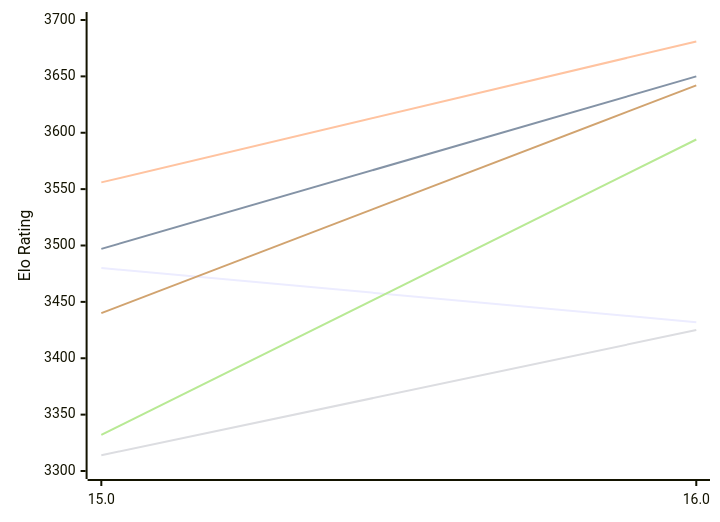
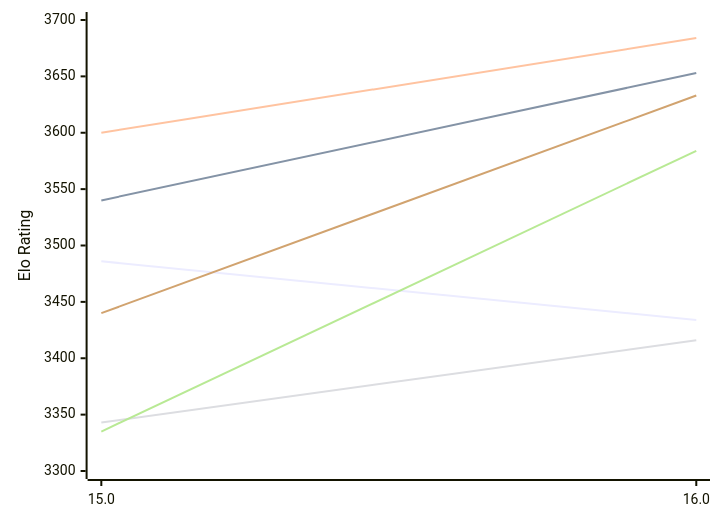
One commit to computer-chess-index/cci changed the first of 2 diagrams in engines/Obsidian.md. Above: the diagram before and after it, drawn with Mermaid. The commit also changed other lines of this file, not shown here.

Commit message:
Update CCI Ratings (ELO VLTC) - 2026-11-15

````diff
--- a/engines/Obsidian.md
+++ b/engines/Obsidian.md
@@ -52,12 +52,12 @@
 ```mermaid
 %%{init: {"theme":"base","themeVariables":{"seriesColors:['#a3a3a3','#222221','#faa371']}}}%%
 xychart-beta
   x-axis ["15.0", "16.0"]
   y-axis "Elo Rating" 3300 --> 3700
-  line "E1: STC (8.0+0.08s)" [3480, 3432]
-  line "E1: LTC (60.0+0.60s)" [3497, 3650]
-  line "E1: VLTC (2m24s+1.12s)" [3556, 3681]
-  line "P1: STC (8.0+0.08s)" [3314, 3425]
-  line "P1: LTC (60.0+0.60s)" [3332, 3594]
-  line "P1: VLTC (2m24s+1.12s)" [3440, 3642]
+  line "E1: STC (8.0+0.08s)" [3486, 3434]
+  line "E1: LTC (60.0+0.60s)" [3540, 3653]
+  line "E1: VLTC (2m24s+1.12s)" [3600, 3684]
+  line "P1: STC (8.0+0.08s)" [3343, 3416]
+  line "P1: LTC (60.0+0.60s)" [3335, 3584]
+  line "P1: VLTC (2m24s+1.12s)" [3440, 3633]
 ```
````
